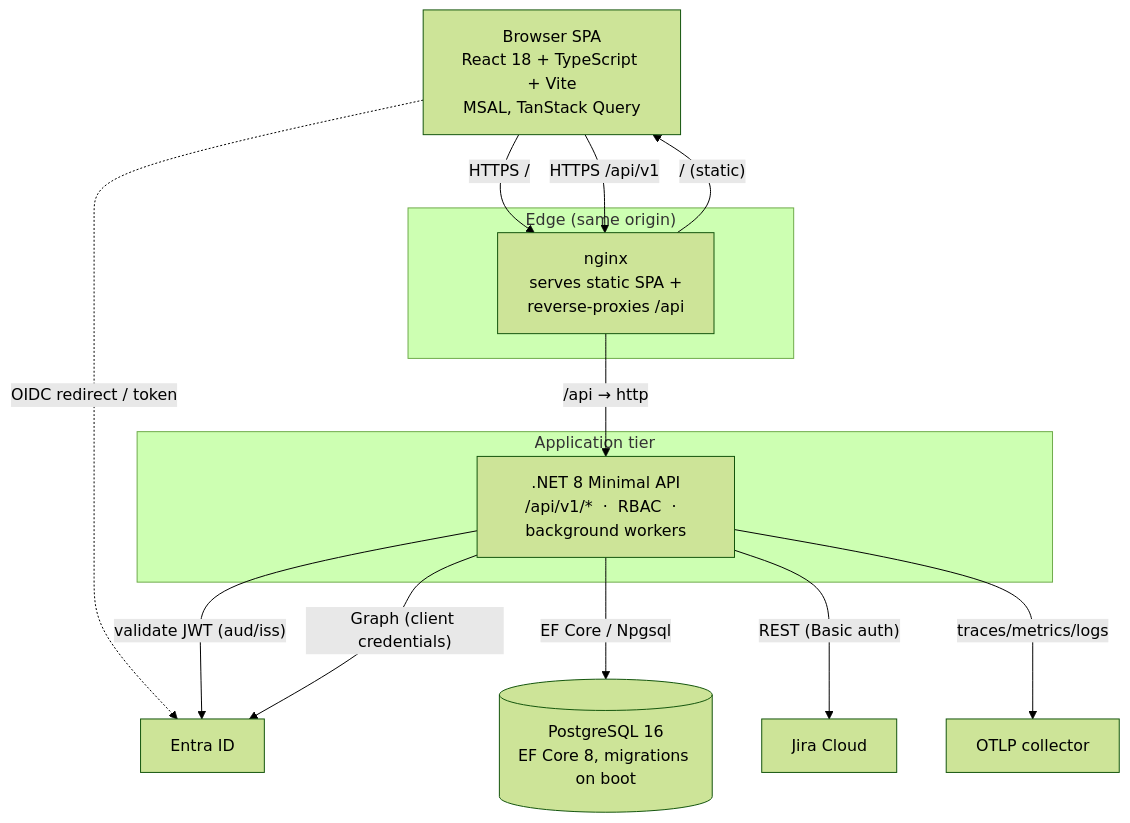
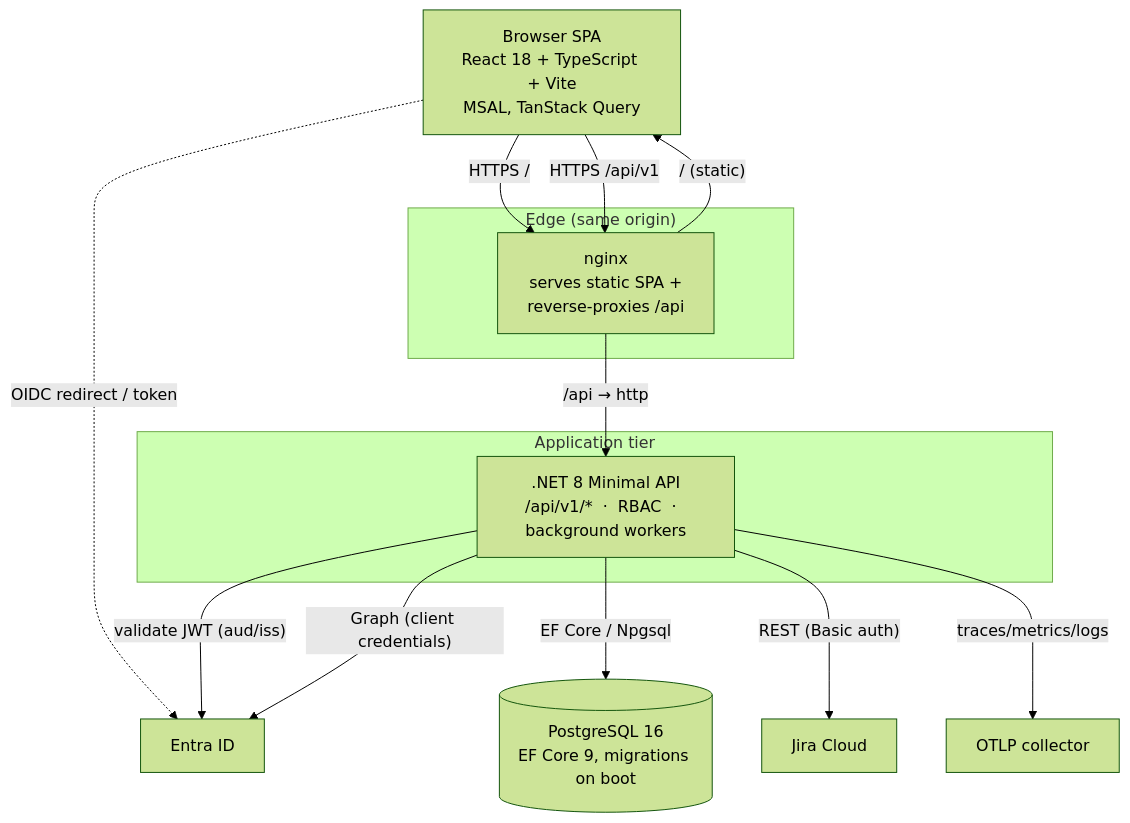
One commit to nicpozent/ATLASPPM_AdditionalFeatures changed the second of 8 diagrams in docs/architecture/hld.md. Above: the diagram before and after it, drawn with Mermaid (forest theme). The commit also changed other lines of this file and 8 other files, not shown here.

````diff
--- a/docs/architecture/hld.md
+++ b/docs/architecture/hld.md
@@ -55,29 +55,29 @@
 ```mermaid
 flowchart TB
   browser["Browser SPA\nReact 18 + TypeScript + Vite\nMSAL, TanStack Query"]
 
   subgraph edge["Edge (same origin)"]
     nginx["nginx\nserves static SPA +\nreverse-proxies /api"]
   end
 
   subgraph app["Application tier"]
     api[".NET 8 Minimal API\n/api/v1/*  ·  RBAC  ·  background workers"]
   end
 
-  db[("PostgreSQL 16\nEF Core 8, migrations on boot")]
+  db[("PostgreSQL 16\nEF Core 9, migrations on boot")]
 
   entra["Entra ID"]
   jira["Jira Cloud"]
   otlp["OTLP collector"]
 
   browser -->|"HTTPS /"| nginx
   browser -->|"HTTPS /api/v1"| nginx
   nginx -->|"/ (static)"| browser
   nginx -->|"/api → http"| api
   browser -.->|"OIDC redirect / token"| entra
   api -->|"validate JWT (aud/iss)"| entra
   api -->|"EF Core / Npgsql"| db
   api -->|"REST (Basic auth)"| jira
   api -->|"Graph (client credentials)"| entra
   api -->|"traces/metrics/logs"| otlp
 ```
````
